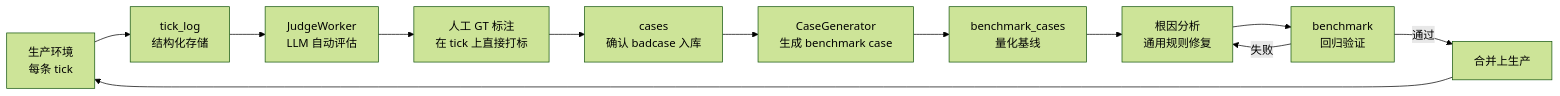
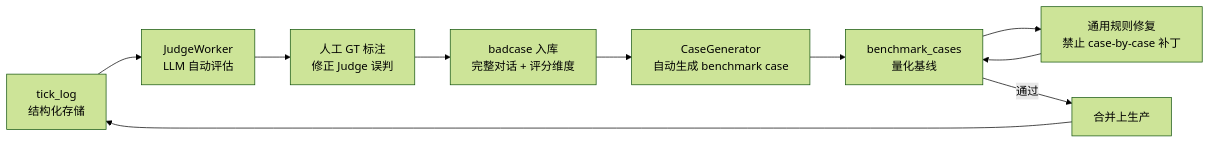
One commit to 899ms/wechat-mac-rpa changed the sixth of 6 diagrams in README.md. Above: the diagram before and after it, drawn with Mermaid (forest theme). The commit also changed other lines of this file and 3 other files, not shown here.

Commit message:
docs: 重写 README（架构图重画/子图/修正 benchmark 数量与路径）；refactor: 清理 generator 重复导入；fix: admin 截图页按 mtime 排序并统一 tick ID 显示；chore: 关闭 DeepSeek thinking 避免空回复

````diff
--- a/README.md
+++ b/README.md
@@ -253,14 +147,12 @@
 ```mermaid
 graph LR
-    A["生产环境<br/>每条 tick"] --> B["tick_log<br/>结构化存储"]
-    B --> C["JudgeWorker<br/>LLM 自动评估"]
-    C --> D["人工 GT 标注<br/>在 tick 上直接打标"]
-    D --> E["cases<br/>确认 badcase 入库"]
-    E --> F["CaseGenerator<br/>生成 benchmark case"]
-    F --> G["benchmark_cases<br/>量化基线"]
-    G --> H["根因分析<br/>通用规则修复"]
-    H --> I["benchmark<br/>回归验证"]
-    I -->|通过| J["合并上生产"]
-    I -->|失败| H
-    J --> A
+    Tick["tick_log<br/>结构化存储"] --> Judge["JudgeWorker<br/>LLM 自动评估"]
+    Judge --> GT["人工 GT 标注<br/>修正 Judge 误判"]
+    GT --> Case["badcase 入库<br/>完整对话 + 评分维度"]
+    Case --> Gen["CaseGenerator<br/>自动生成 benchmark case"]
+    Gen --> Bench["benchmark_cases<br/>量化基线"]
+    Bench --> Fix["通用规则修复<br/>禁止 case-by-case 补丁"]
+    Fix --> Bench
+    Bench -->|通过| Prod["合并上生产"]
+    Prod --> Tick
 ```
````
